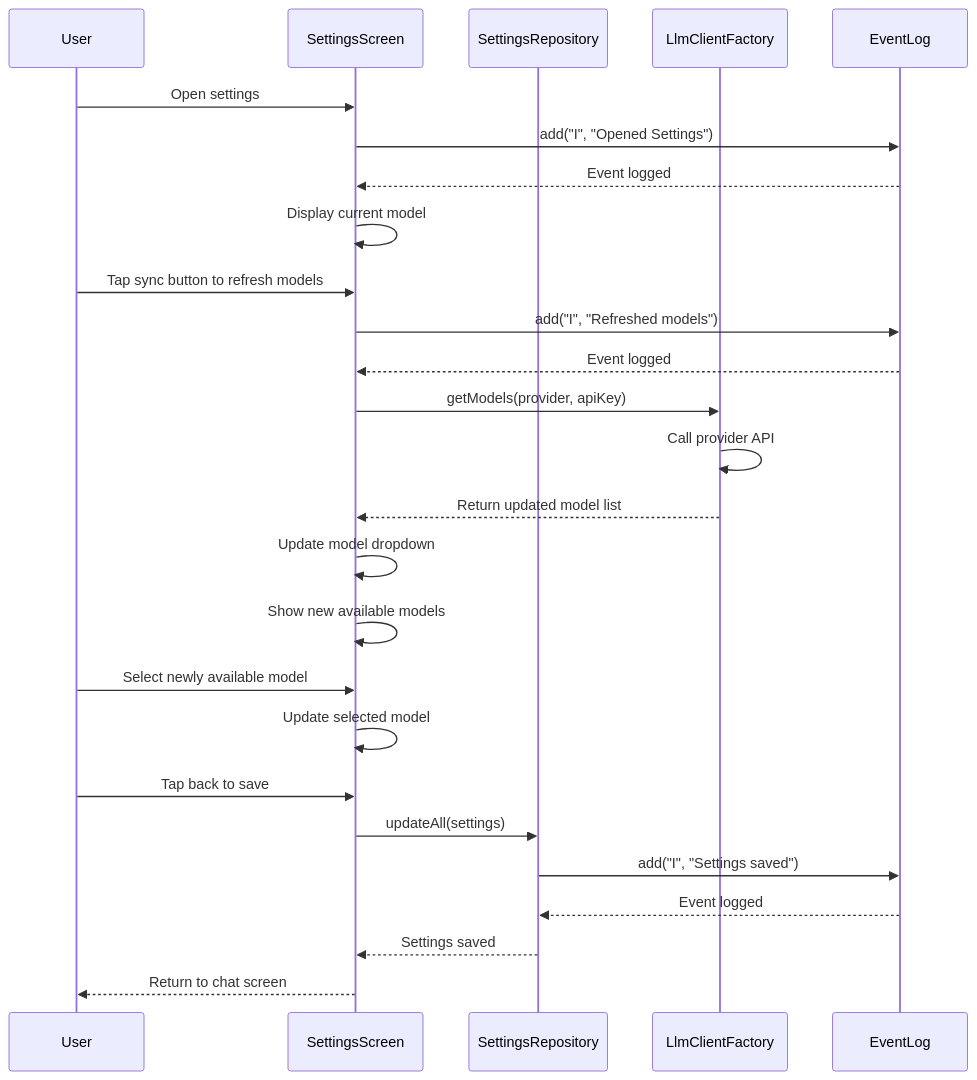
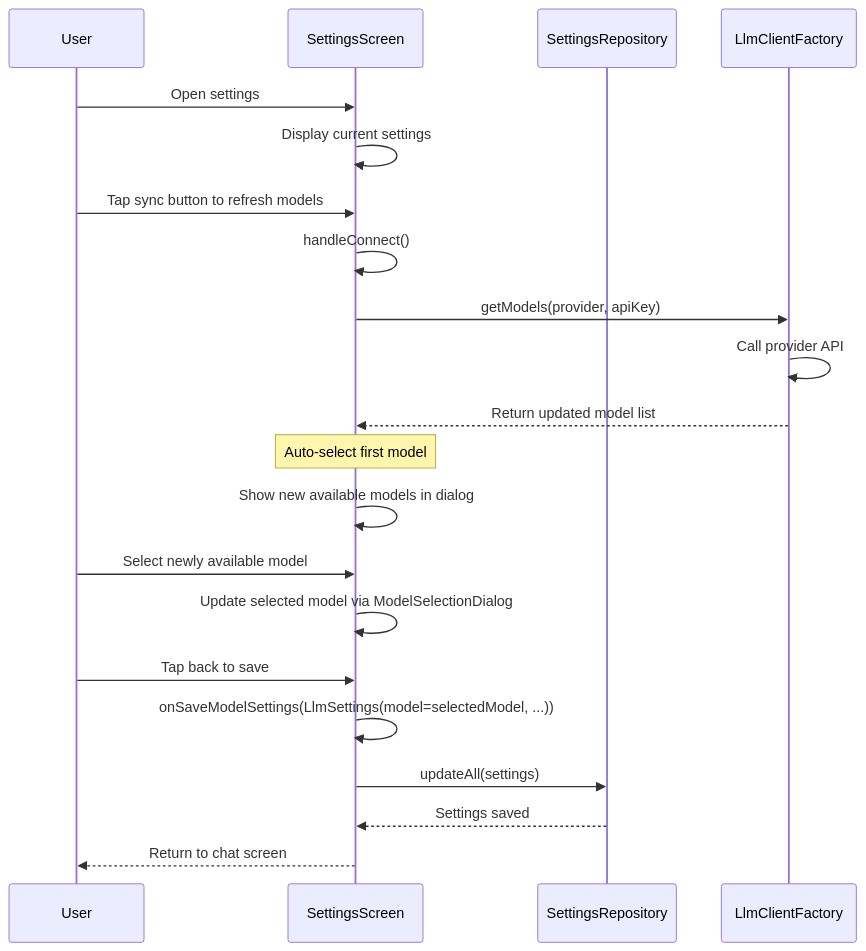
One commit to lehoang318/buddy changed the tenth of 10 diagrams in docs/seq_others.md. Above: the diagram before and after it, drawn with Mermaid. The commit also changed other lines of this file and 7 other files, not shown here.

````diff
--- a/docs/seq_others.md
+++ b/docs/seq_others.md
@@ -365,35 +333,30 @@
 ```mermaid
 sequenceDiagram
     participant User
     participant SettingsScreen
     participant SettingsRepository
     participant LlmClientFactory
-    participant EventLog
 
     User->>SettingsScreen: Open settings
-    SettingsScreen->>EventLog: add("I", "Opened Settings")
-    EventLog-->>SettingsScreen: Event logged
-
-    SettingsScreen->>SettingsScreen: Display current model
+    SettingsScreen->>SettingsScreen: Display current settings
 
     User->>SettingsScreen: Tap sync button to refresh models
-    SettingsScreen->>EventLog: add("I", "Refreshed models")
-    EventLog-->>SettingsScreen: Event logged
+    SettingsScreen->>SettingsScreen: handleConnect()
     SettingsScreen->>LlmClientFactory: getModels(provider, apiKey)
     LlmClientFactory->>LlmClientFactory: Call provider API
     LlmClientFactory-->>SettingsScreen: Return updated model list
 
-    SettingsScreen->>SettingsScreen: Update model dropdown
-    SettingsScreen->>SettingsScreen: Show new available models
+    Note over SettingsScreen: Auto-select first model
+
+    SettingsScreen->>SettingsScreen: Show new available models in dialog
 
     User->>SettingsScreen: Select newly available model
-    SettingsScreen->>SettingsScreen: Update selected model
+    SettingsScreen->>SettingsScreen: Update selected model via ModelSelectionDialog
 
     User->>SettingsScreen: Tap back to save
+    SettingsScreen->>SettingsScreen: onSaveModelSettings(LlmSettings(model=selectedModel, ...))
     SettingsScreen->>SettingsRepository: updateAll(settings)
-    SettingsRepository->>EventLog: add("I", "Settings saved")
-    EventLog-->>SettingsRepository: Event logged
     SettingsRepository-->>SettingsScreen: Settings saved
 
     SettingsScreen-->>User: Return to chat screen
 ```
````
